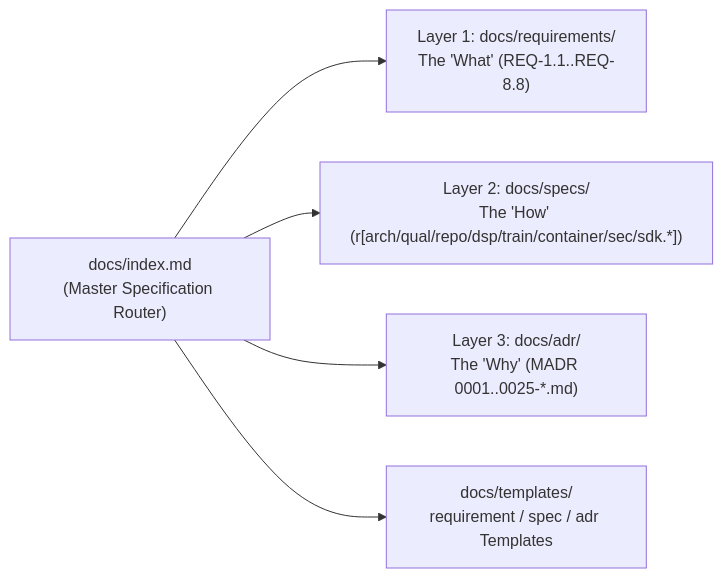
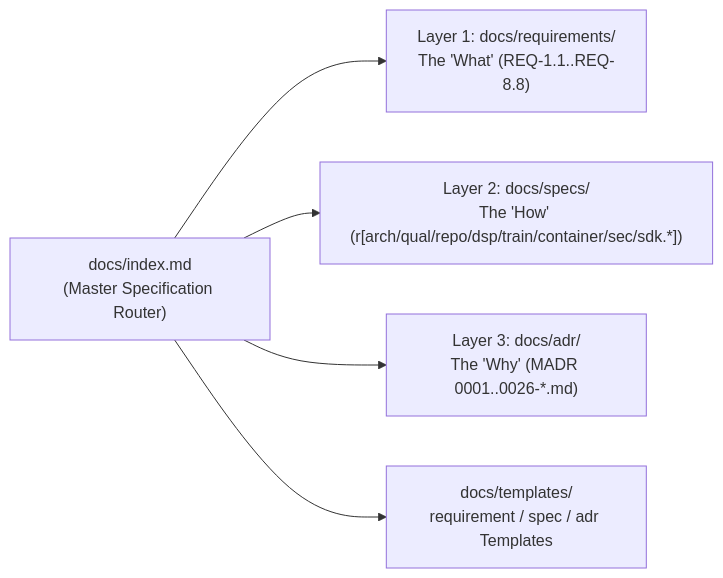
One commit to mokugen/dnam changed the diagram in docs/CONTRIBUTING.md. Above: the diagram before and after it, drawn with Mermaid. The commit also changed other lines of this file and 23 other files, not shown here.

````diff
--- a/docs/CONTRIBUTING.md
+++ b/docs/CONTRIBUTING.md
@@ -25,7 +25,7 @@
 ```mermaid
 flowchart LR
     Idx["docs/index.md<br/>(Master Specification Router)"] --> L1["Layer 1: docs/requirements/<br/>The 'What' (REQ-1.1..REQ-8.8)"]
     Idx --> L2["Layer 2: docs/specs/<br/>The 'How' (r[arch/qual/repo/dsp/train/container/sec/sdk.*])"]
-    Idx --> L3["Layer 3: docs/adr/<br/>The 'Why' (MADR 0001..0025-*.md)"]
+    Idx --> L3["Layer 3: docs/adr/<br/>The 'Why' (MADR 0001..0026-*.md)"]
     Idx --> Tmpl["docs/templates/<br/>requirement / spec / adr Templates"]
 ```
````
